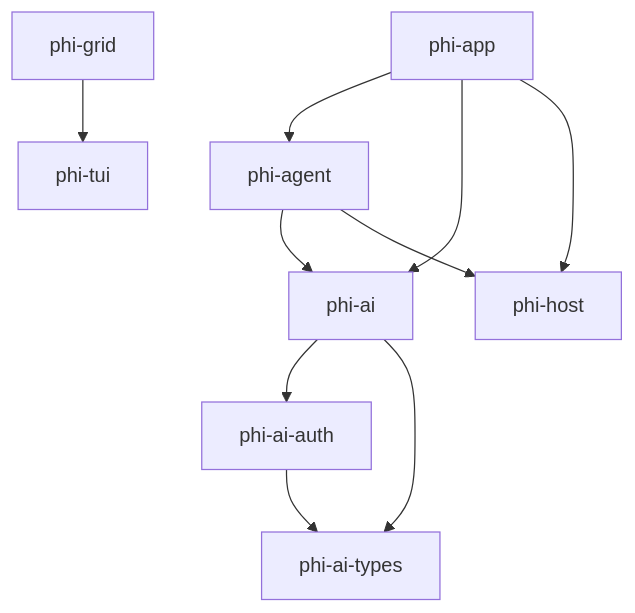
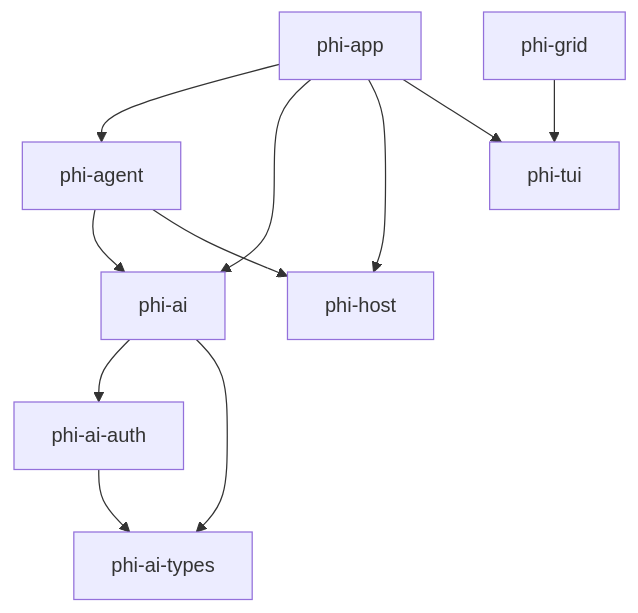
One commit to y0usaf/phi changed the diagram in ARCHITECTURE.md. Above: the diagram before and after it, drawn with Mermaid. The commit also changed other lines of this file and 9 other files, not shown here.

First line of the commit message:
feat(phi-app,phi-tui): inline chat frame — first frontend pack (WS3.1)

````diff
--- a/ARCHITECTURE.md
+++ b/ARCHITECTURE.md
@@ -14,12 +14,13 @@
 ```mermaid
 graph TD
   phi_agent["phi-agent"] --> phi_ai["phi-ai"]
   phi_agent["phi-agent"] --> phi_host["phi-host"]
   phi_ai["phi-ai"] --> phi_ai_auth["phi-ai-auth"]
   phi_ai["phi-ai"] --> phi_ai_types["phi-ai-types"]
   phi_ai_auth["phi-ai-auth"] --> phi_ai_types["phi-ai-types"]
   phi_app["phi-app"] --> phi_agent["phi-agent"]
   phi_app["phi-app"] --> phi_ai["phi-ai"]
   phi_app["phi-app"] --> phi_host["phi-host"]
+  phi_app["phi-app"] --> phi_tui["phi-tui"]
   phi_grid["phi-grid"] --> phi_tui["phi-tui"]
 ```
````
